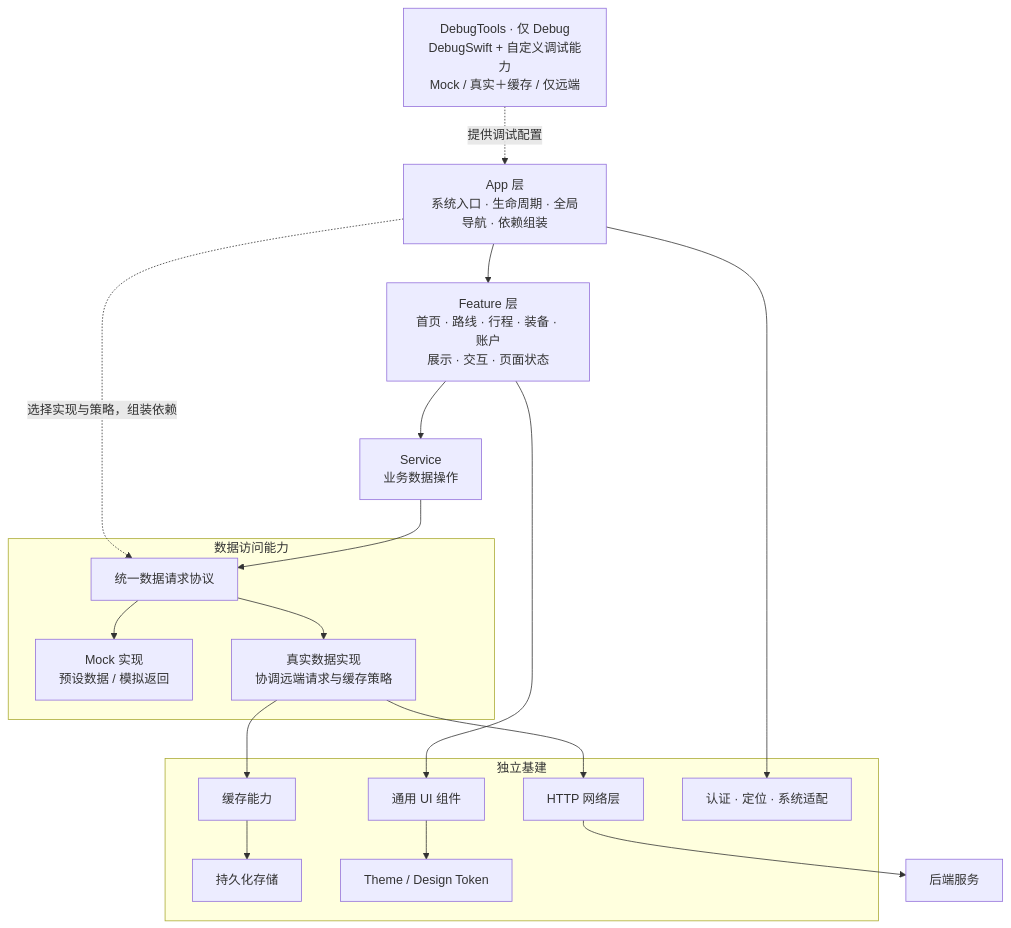
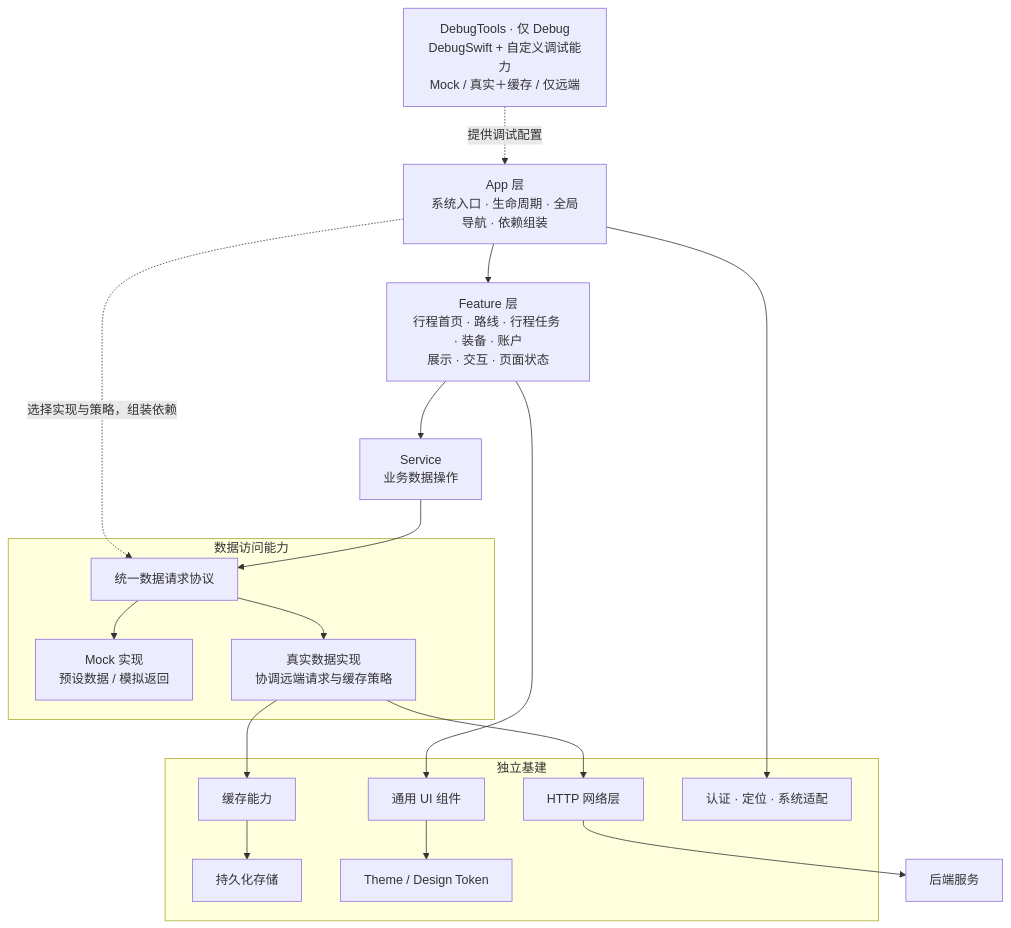
One commit to sunforcode/walkios changed the diagram in specs/README.md. Above: the diagram before and after it, drawn with Mermaid. The commit also changed other lines of this file and 38 other files, not shown here.

````diff
--- a/specs/README.md
+++ b/specs/README.md
@@ -64,38 +165,38 @@
 ```mermaid
 flowchart TB
     Debug["DebugTools · 仅 Debug<br/>DebugSwift + 自定义调试能力<br/>Mock / 真实＋缓存 / 仅远端"]
     App["App 层<br/>系统入口 · 生命周期 · 全局导航 · 依赖组装"]
-    Features["Feature 层<br/>首页 · 路线 · 行程 · 装备 · 账户<br/>展示 · 交互 · 页面状态"]
+    Features["Feature 层<br/>行程首页 · 路线 · 行程任务 · 装备 · 账户<br/>展示 · 交互 · 页面状态"]
     Service["Service<br/>业务数据操作"]
 
     subgraph Data["数据访问能力"]
         Protocol["统一数据请求协议"]
         Mock["Mock 实现<br/>预设数据 / 模拟返回"]
         Real["真实数据实现<br/>协调远端请求与缓存策略"]
         Protocol --> Mock
         Protocol --> Real
     end
 
     subgraph Infrastructure["独立基建"]
         HTTP["HTTP 网络层"]
         Cache["缓存能力"]
         Storage["持久化存储"]
         UI["通用 UI 组件"]
         Theme["Theme / Design Token"]
         System["认证 · 定位 · 系统适配"]
         Cache --> Storage
         UI --> Theme
     end
 
     Backend["后端服务"]
     Debug -. "提供调试配置" .-> App
     App --> Features
     App -. "选择实现与策略，组装依赖" .-> Protocol
     App --> System
     Features --> Service
     Features --> UI
     Service --> Protocol
     Real --> HTTP
     Real --> Cache
     HTTP --> Backend
 ```
````
